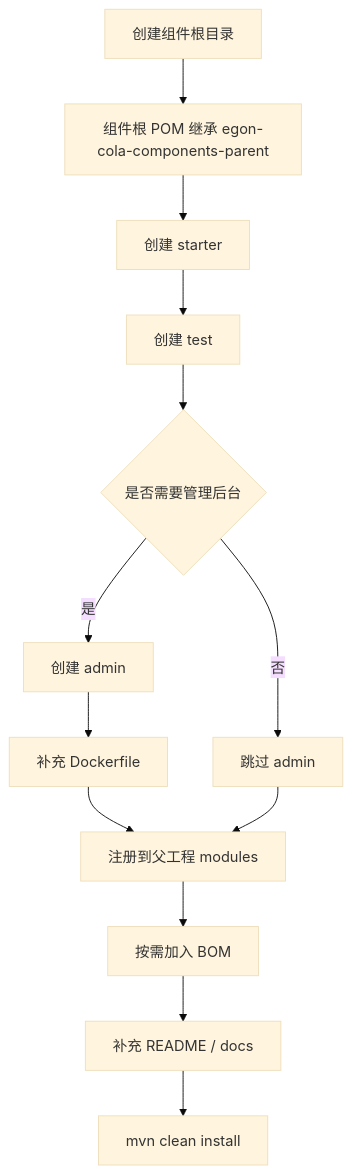
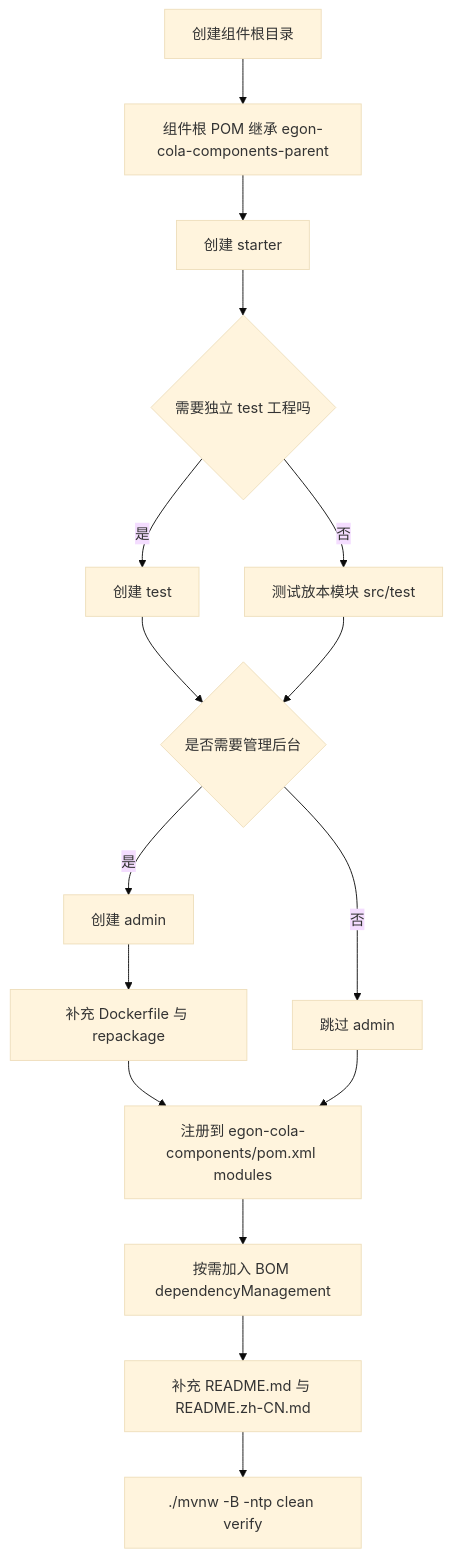
Before and after one commit to AllenDEricDAlexander/Egon-COLA: the third of 3 diagrams in egon-cola-components/egon-cola-components-architecture.md, drawn with Mermaid (base theme). The commit also changed other lines of this file, not shown here.

First line of the commit message:
docs(components): rebase the structure spec on the current reactor

````diff
--- a/egon-cola-components/egon-cola-components-architecture.md
+++ b/egon-cola-components/egon-cola-components-architecture.md
@@ -1054,15 +1190,18 @@
 ```mermaid
 flowchart TD
     A[创建组件根目录] --> B[组件根 POM 继承 egon-cola-components-parent]
     B --> C[创建 starter]
-    C --> D[创建 test]
-    D --> E{是否需要管理后台}
+    C --> D{需要独立 test 工程吗}
+    D -- 是 --> D1[创建 test]
+    D -- 否 --> D2[测试放本模块 src/test]
+    D1 --> E{是否需要管理后台}
+    D2 --> E
     E -- 是 --> F[创建 admin]
-    F --> G[补充 Dockerfile]
+    F --> G[补充 Dockerfile 与 repackage]
     E -- 否 --> H[跳过 admin]
-    G --> I[注册到父工程 modules]
+    G --> I[注册到 egon-cola-components/pom.xml modules]
     H --> I
-    I --> J[按需加入 BOM]
-    J --> K[补充 README / docs]
-    K --> L[mvn clean install]
+    I --> J[按需加入 BOM dependencyManagement]
+    J --> K[补充 README.md 与 README.zh-CN.md]
+    K --> L[./mvnw -B -ntp clean verify]
 ```
````
